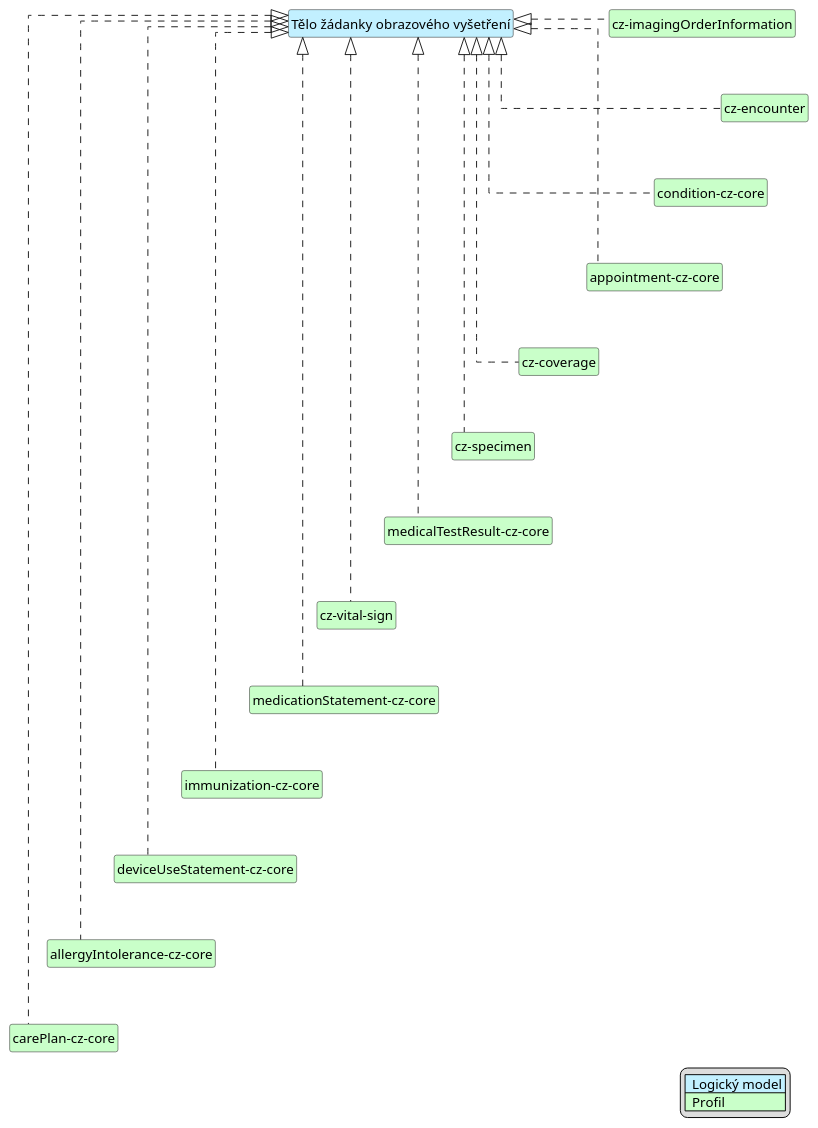
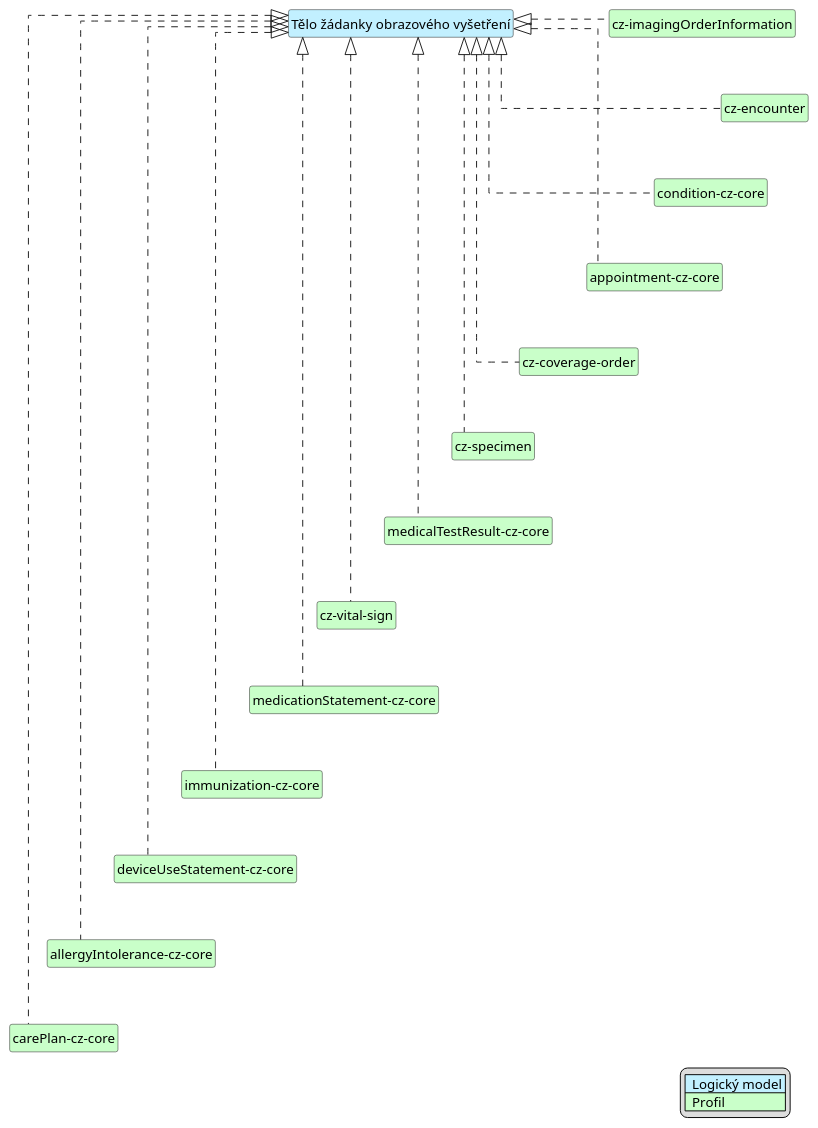
The diagram in input/images-source/imgOrderBody-map-cs.plantuml (HL7-cz/img-order), drawn with PlantUML before and after one commit. The commit also changed 3 other files, not shown here.

Commit message:
Fix coverage in plantuml

```diff
--- a/input/images-source/imgOrderBody-map-cs.plantuml
+++ b/input/images-source/imgOrderBody-map-cs.plantuml
@@ -1,58 +1,58 @@
 @startuml
 hide circle
 hide stereotype
 hide members
 hide methods
 skinparam linetype ortho
 skinparam class {
 BackgroundColor<<LogicalModel>> #APPLICATION
 BackgroundColor<<Profile>> #TECHNOLOGY
 }
 legend right
 | <#APPLICATION>  Logický model |
 | <#TECHNOLOGY>  Profil |
 endlegend
 class "Tělo žádanky obrazového vyšetření" <<LogicalModel>> [[StructureDefinition-BodyImageOrderCz.html]]
 
 class "cz-imagingOrderInformation" <<Profile>> [[StructureDefinition-cz-imagingOrderInformation.html]]
 class "condition-cz-core" <<Profile>> [[https://hl7.cz/fhir/core/StructureDefinition-condition-cz-core.html]]
 class "cz-encounter" <<Profile>> [[https://hl7.cz/fhir/core/StructureDefinition-cz-encounter.html]]
-class "cz-coverage" <<Profile>> [[https://hl7.cz/fhir/core/StructureDefinition-cz-coverage.html]]
+class "cz-coverage-order" <<Profile>> [[StructureDefinition-cz-coverage-order.html]]
 class "appointment-cz-core" <<Profile>> [[https://hl7.cz/fhir/core/StructureDefinition-appointment-cz-core.html]]
 class "cz-specimen" <<Profile>> [[https://hl7.cz/fhir/core/StructureDefinition-cz-specimen.html]]
 class "medicalTestResult-cz-core" <<Profile>> [[https://hl7.cz/fhir/core/StructureDefinition-medicalTestResult-cz-core.html]]
 class "cz-vital-sign" <<Profile>> [[StructureDefinition-cz-vital-sign.html]]
 class "medicationStatement-cz-core" <<Profile>> [[https://hl7.cz/fhir/core/StructureDefinition-medicationStatement-cz-core.html]]
 class "immunization-cz-core" <<Profile>> [[https://hl7.cz/fhir/core/StructureDefinition-immunization-cz-core.html]]
 class "deviceUseStatement-cz-core" <<Profile>> [[https://hl7.cz/fhir/core/StructureDefinition-deviceUseStatement-cz-core.html]]
 class "allergyIntolerance-cz-core" <<Profile>> [[https://hl7.cz/fhir/core/StructureDefinition-allergyIntolerance-cz-core.html]]
 class "carePlan-cz-core" <<Profile>> [[https://hl7.cz/fhir/core/StructureDefinition-carePlan-cz-core.html]]
 
 "Tělo žádanky obrazového vyšetření" <|. "cz-imagingOrderInformation"
 "Tělo žádanky obrazového vyšetření" <|. "appointment-cz-core"
-"Tělo žádanky obrazového vyšetření" <|. "cz-coverage"
+"Tělo žádanky obrazového vyšetření" <|. "cz-coverage-order"
 "Tělo žádanky obrazového vyšetření" <|. "condition-cz-core"
 "Tělo žádanky obrazového vyšetření" <|. "cz-encounter"
 "Tělo žádanky obrazového vyšetření" <|. "cz-specimen"
 "Tělo žádanky obrazového vyšetření" <|. "medicalTestResult-cz-core"
 "Tělo žádanky obrazového vyšetření" <|. "cz-vital-sign"
 "Tělo žádanky obrazového vyšetření" <|. "medicationStatement-cz-core"
 "Tělo žádanky obrazového vyšetření" <|. "immunization-cz-core"
 "Tělo žádanky obrazového vyšetření" <|. "deviceUseStatement-cz-core"
 "Tělo žádanky obrazového vyšetření" <|. "allergyIntolerance-cz-core"
 "Tělo žádanky obrazového vyšetření" <|. "carePlan-cz-core"
 
 "cz-imagingOrderInformation" -d[hidden]-> "cz-encounter"
 "cz-encounter" -d[hidden]-> "condition-cz-core"
 "condition-cz-core" -d[hidden]-> "appointment-cz-core"
-"appointment-cz-core" -d[hidden]-> "cz-coverage"
-"cz-coverage" -d[hidden]-> "cz-specimen"
+"appointment-cz-core" -d[hidden]-> "cz-coverage-order"
+"cz-coverage-order" -d[hidden]-> "cz-specimen"
 "cz-specimen" -d[hidden]-> "medicalTestResult-cz-core"
 "medicalTestResult-cz-core" -d[hidden]-> "cz-vital-sign"
 "cz-vital-sign" -d[hidden]-> "medicationStatement-cz-core"
 "medicationStatement-cz-core" -d[hidden]-> "immunization-cz-core"
 "immunization-cz-core" -d[hidden]-> "deviceUseStatement-cz-core"
 "deviceUseStatement-cz-core" -d[hidden]-> "allergyIntolerance-cz-core"
 "allergyIntolerance-cz-core" -d[hidden]-> "carePlan-cz-core"
 
 @enduml
```
